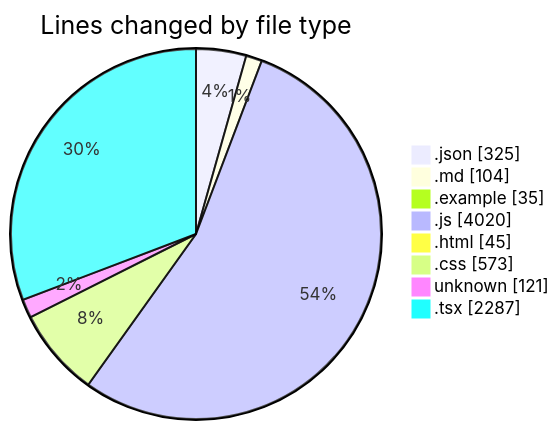
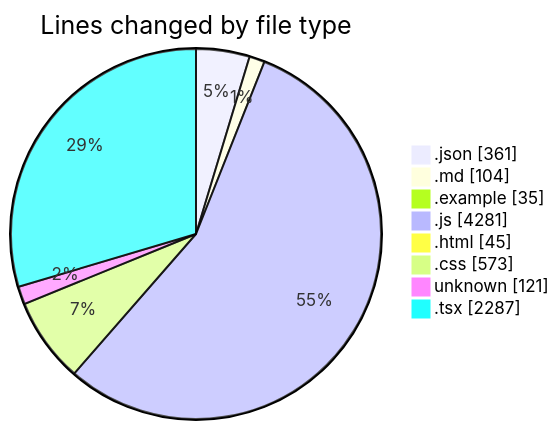
Before and after one commit to lephambinh05/code-tracking: the first of 2 diagrams in 2025-08-05/napxuvn/README.md, drawn with Mermaid. The commit also changed other lines of this file and 1 other file, not shown here.

````diff
--- a/2025-08-05/napxuvn/README.md
+++ b/2025-08-05/napxuvn/README.md
@@ -69,12 +71,12 @@
 ```mermaid
 pie showData
 title Lines changed by file type
-".json" : 325
+".json" : 361
 ".md" : 104
 ".example" : 35
-".js" : 4020
+".js" : 4281
 ".html" : 45
 ".css" : 573
 "unknown" : 121
 ".tsx" : 2287
 ```
````
